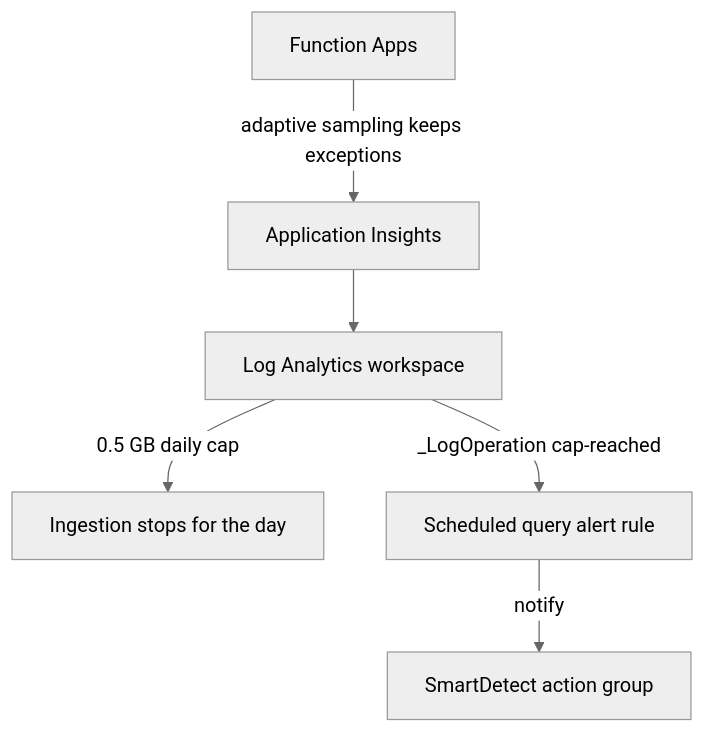
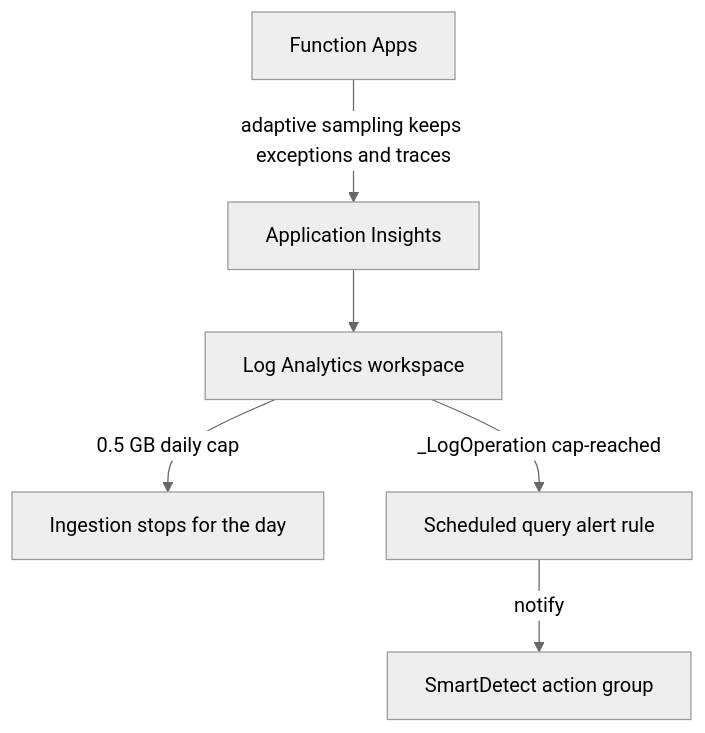
Before and after one commit to Esposter/Esposter: the diagram in packages/app/content/docs/infra/observability-caps.md, drawn with Mermaid (neutral theme). The commit also changed other lines of this file and 46 other files, not shown here.

````diff
--- a/packages/app/content/docs/infra/observability-caps.md
+++ b/packages/app/content/docs/infra/observability-caps.md
@@ -16,8 +16,8 @@
 ```mermaid
 flowchart TD
-  fn[Function Apps] -->|adaptive sampling keeps exceptions| appi[Application Insights]
+  fn[Function Apps] -->|adaptive sampling keeps exceptions and traces| appi[Application Insights]
   appi --> ws[Log Analytics workspace]
   ws -->|0.5 GB daily cap| drop[Ingestion stops for the day]
   ws -->|_LogOperation cap-reached| sqr[Scheduled query alert rule]
   sqr -->|notify| ag[SmartDetect action group]
 ```
````
